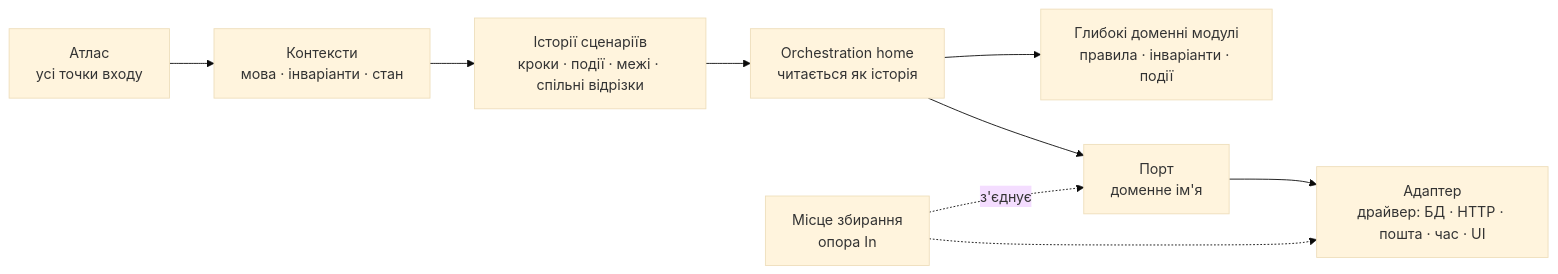
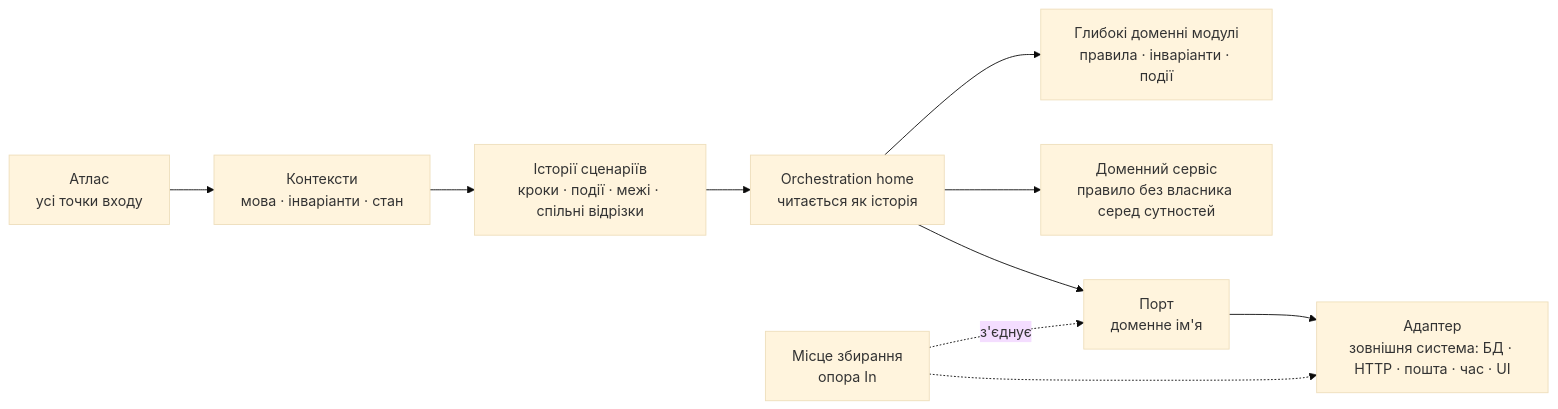
Before and after one commit to romxnb/restrukt: the diagram in skills/restrukt/references/scenarios.md, drawn with Mermaid (base theme). The commit also changed other lines of this file and 22 other files, not shown here.

````diff
--- a/skills/restrukt/references/scenarios.md
+++ b/skills/restrukt/references/scenarios.md
@@ -5,11 +5,12 @@
 ```mermaid
 flowchart LR
   A[Атлас<br/>усі точки входу] --> C[Контексти<br/>мова · інваріанти · стан]
   C --> S[Історії сценаріїв<br/>кроки · події · межі · спільні відрізки]
   S --> O[Orchestration home<br/>читається як історія]
   O --> D[Глибокі доменні модулі<br/>правила · інваріанти · події]
+  O --> V[Доменний сервіс<br/>правило без власника серед сутностей]
   O --> P[Порт<br/>доменне ім'я]
-  P --> AD[Адаптер<br/>драйвер: БД · HTTP · пошта · час · UI]
+  P --> AD[Адаптер<br/>зовнішня система: БД · HTTP · пошта · час · UI]
   CR[Місце збирання<br/>опора In] -.->|з'єднує| P
   CR -.-> AD
 ```
````
